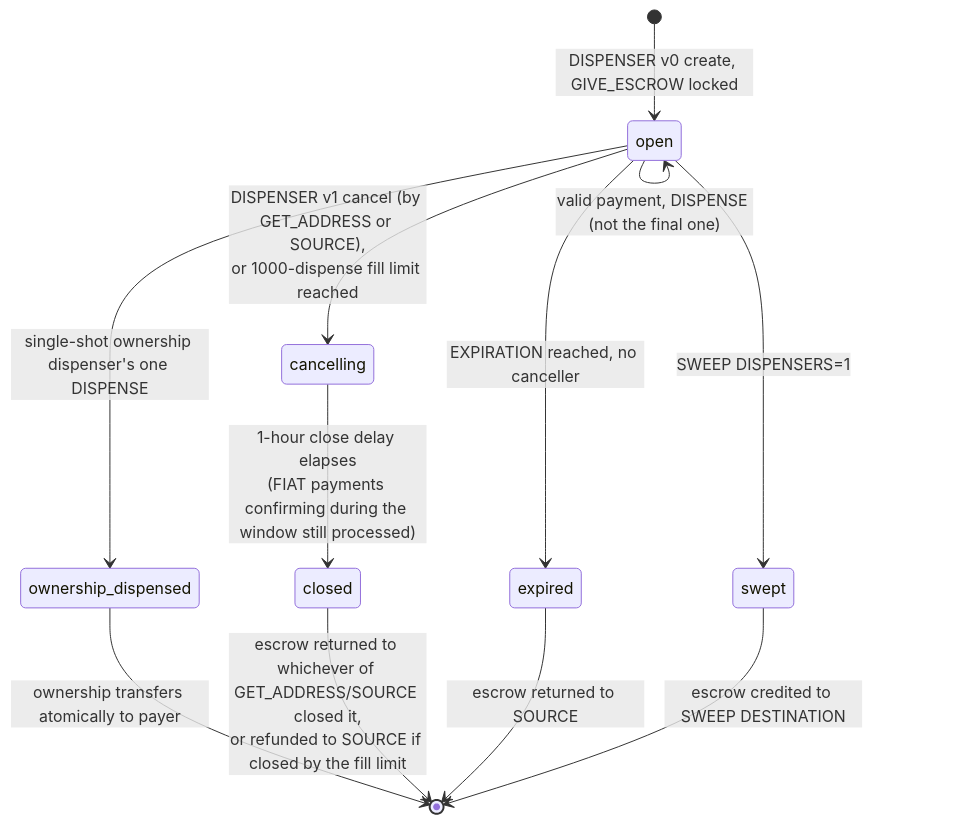
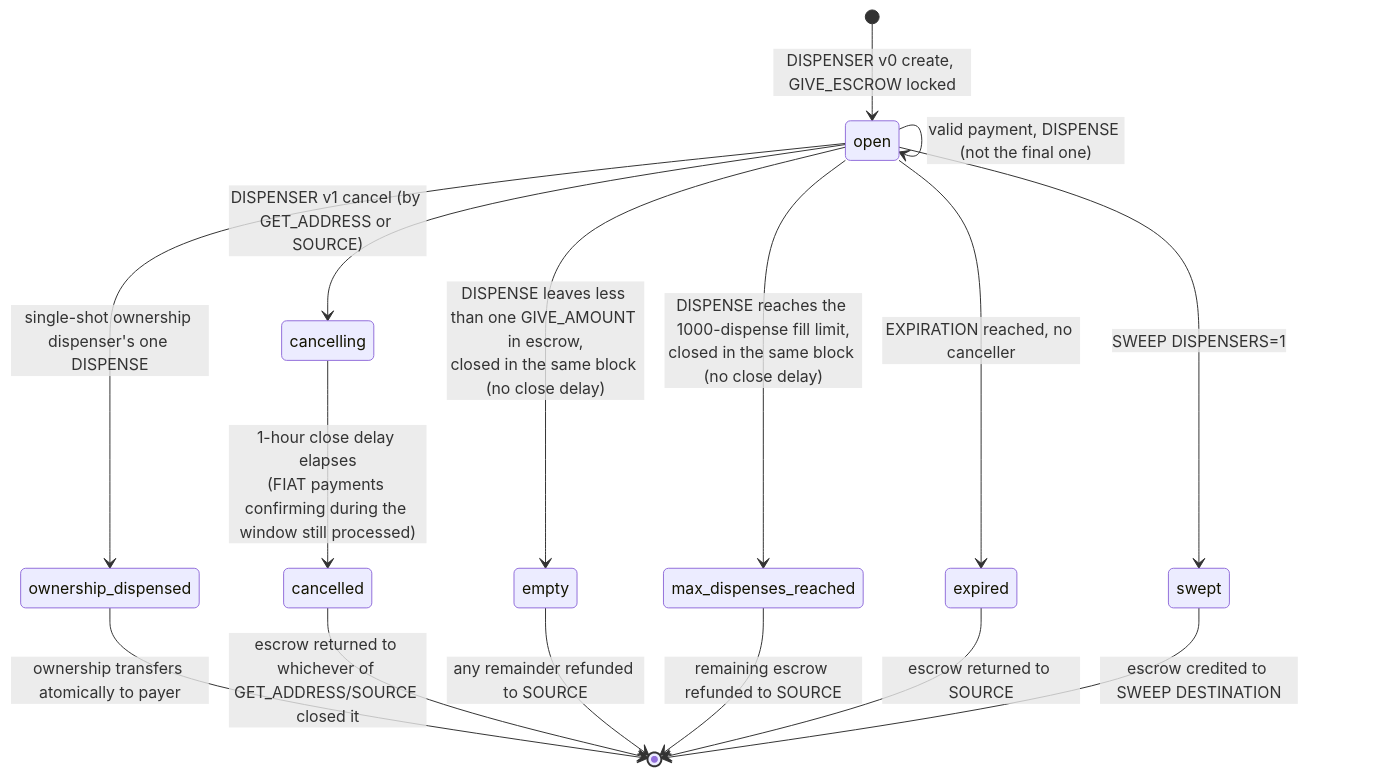
One commit to XChain-Platform/xchain-documentation changed the first of 3 diagrams in protocol/actions/dispenser.md. Above: the diagram before and after it, drawn with Mermaid. The commit also changed other lines of this file, not shown here.

Commit message:
docs(dispenser): empty and fill-limit states close at once, and only a cancel has the one-hour window
The state diagram gains the empty and max_dispenses_reached states, each
closing in the block that reaches it. The closing-window section now says
the one-hour window applies to a cancel only, that a sold-out or fill-limit
dispenser closes immediately and cannot be refilled, and that the original
creator may open a new dispenser on the same address.

````diff
--- a/protocol/actions/dispenser.md
+++ b/protocol/actions/dispenser.md
@@ -105,14 +105,18 @@
 ```mermaid
 stateDiagram-v2
     [*] --> open: DISPENSER v0 create, GIVE_ESCROW locked
     open --> open: valid payment, DISPENSE (not the final one)
     open --> ownership_dispensed: single-shot ownership dispenser's one DISPENSE
     ownership_dispensed --> [*]: ownership transfers atomically to payer
-    open --> cancelling: DISPENSER v1 cancel (by GET_ADDRESS or SOURCE),<br>or 1000-dispense fill limit reached
-    cancelling --> closed: 1-hour close delay elapses<br>(FIAT payments confirming during the window still processed)
-    closed --> [*]: escrow returned to whichever of GET_ADDRESS/SOURCE closed it,<br>or refunded to SOURCE if closed by the fill limit
+    open --> cancelling: DISPENSER v1 cancel (by GET_ADDRESS or SOURCE)
+    cancelling --> cancelled: 1-hour close delay elapses<br>(FIAT payments confirming during the window still processed)
+    cancelled --> [*]: escrow returned to whichever of GET_ADDRESS/SOURCE closed it
+    open --> empty: DISPENSE leaves less than one GIVE_AMOUNT in escrow,<br>closed in the same block (no close delay)
+    empty --> [*]: any remainder refunded to SOURCE
+    open --> max_dispenses_reached: DISPENSE reaches the 1000-dispense fill limit,<br>closed in the same block (no close delay)
+    max_dispenses_reached --> [*]: remaining escrow refunded to SOURCE
     open --> expired: EXPIRATION reached, no canceller
     expired --> [*]: escrow returned to SOURCE
     open --> swept: SWEEP DISPENSERS=1
     swept --> [*]: escrow credited to SWEEP DESTINATION
 ```
````
